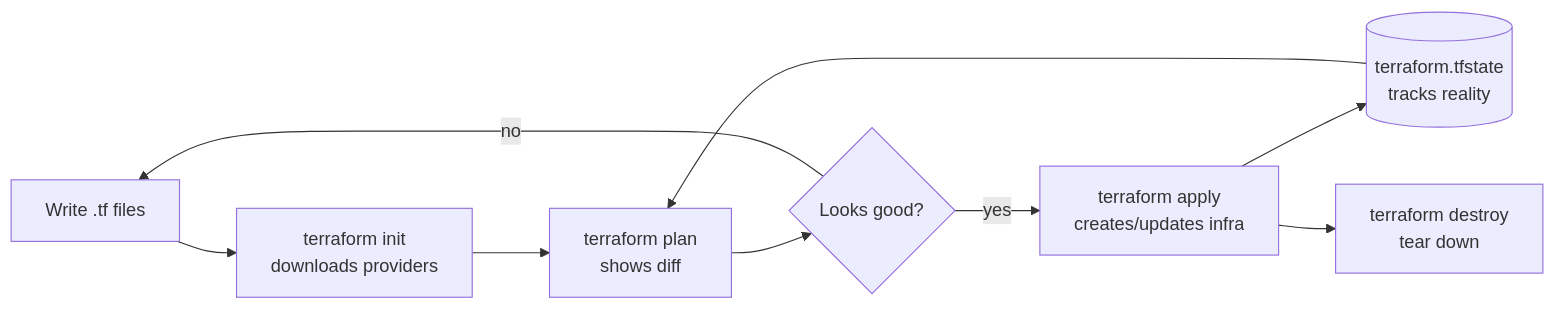
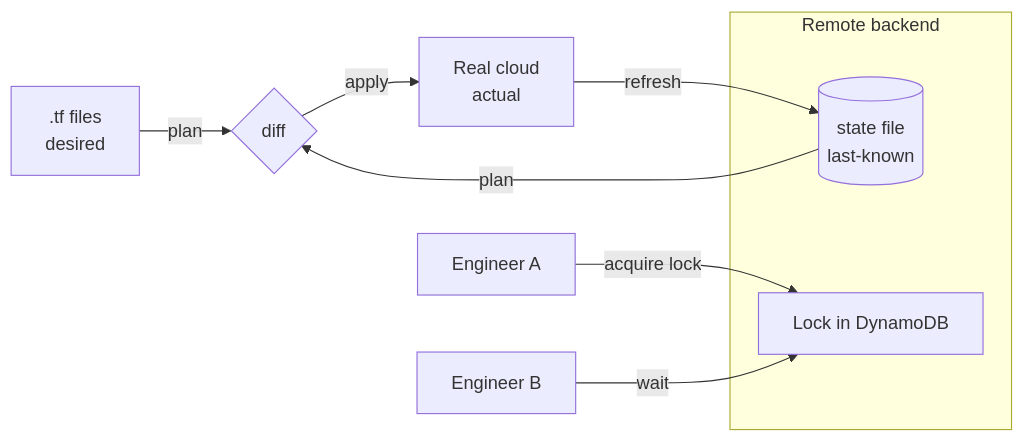
Before and after one commit to srinivaskona7/devops-learning: the third of 12 diagrams in 07-terraform/README.md, drawn with Mermaid. The commit also changed other lines of this file and 222 other files, not shown here.

````diff
--- a/07-terraform/README.md
+++ b/07-terraform/README.md
@@ -42,11 +326,13 @@
 ```mermaid
 flowchart LR
-    A[Write .tf files] --> B[terraform init<br/>downloads providers]
-    B --> C[terraform plan<br/>shows diff]
-    C --> D{Looks good?}
-    D -->|yes| E[terraform apply<br/>creates/updates infra]
-    D -->|no| A
-    E --> F[(terraform.tfstate<br/>tracks reality)]
-    F --> C
-    E --> G[terraform destroy<br/>tear down]
+  A[.tf files<br/>desired] -->|plan| D{diff}
+  B[(state file<br/>last-known)] -->|plan| D
+  C[Real cloud<br/>actual] -->|refresh| B
+  D -->|apply| C
+  subgraph backend[Remote backend]
+    B
+    L[Lock in DynamoDB]
+  end
+  U1[Engineer A] -->|acquire lock| L
+  U2[Engineer B] -->|wait| L
 ```
````
